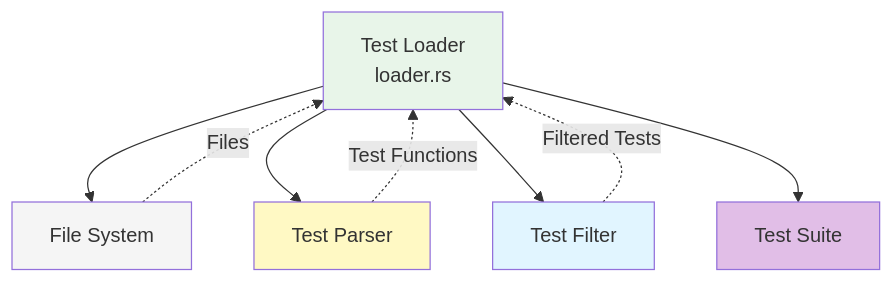
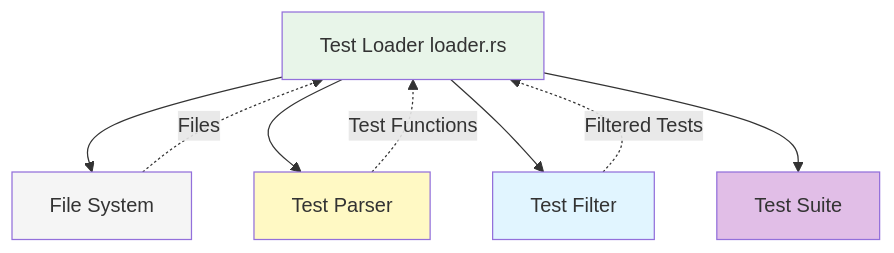
Before and after one commit to softwarewrighter/ui-test-rs: the first of 15 diagrams in wiki/Test-Loader.md, drawn with Mermaid. The commit also changed other lines of this file and 10 other files, not shown here.

First line of the commit message:
Fix wiki Mermaid diagrams: remove <br/> tags

````diff
--- a/wiki/Test-Loader.md
+++ b/wiki/Test-Loader.md
@@ -7,23 +7,23 @@
 ```mermaid
 flowchart TB
-    Loader[Test Loader<br/>loader.rs]
+    Loader[Test Loader loader.rs]
     FS[File System]
     Parser[Test Parser]
     Filter[Test Filter]
     Suite[Test Suite]
 
     Loader --> FS
     Loader --> Parser
     Loader --> Filter
     Loader --> Suite
 
     FS -.->|Files| Loader
     Parser -.->|Test Functions| Loader
     Filter -.->|Filtered Tests| Loader
 
     style Loader fill:#e8f5e9
     style FS fill:#f5f5f5
     style Parser fill:#fff9c4
     style Filter fill:#e1f5ff
     style Suite fill:#e1bee7
 ```
````
